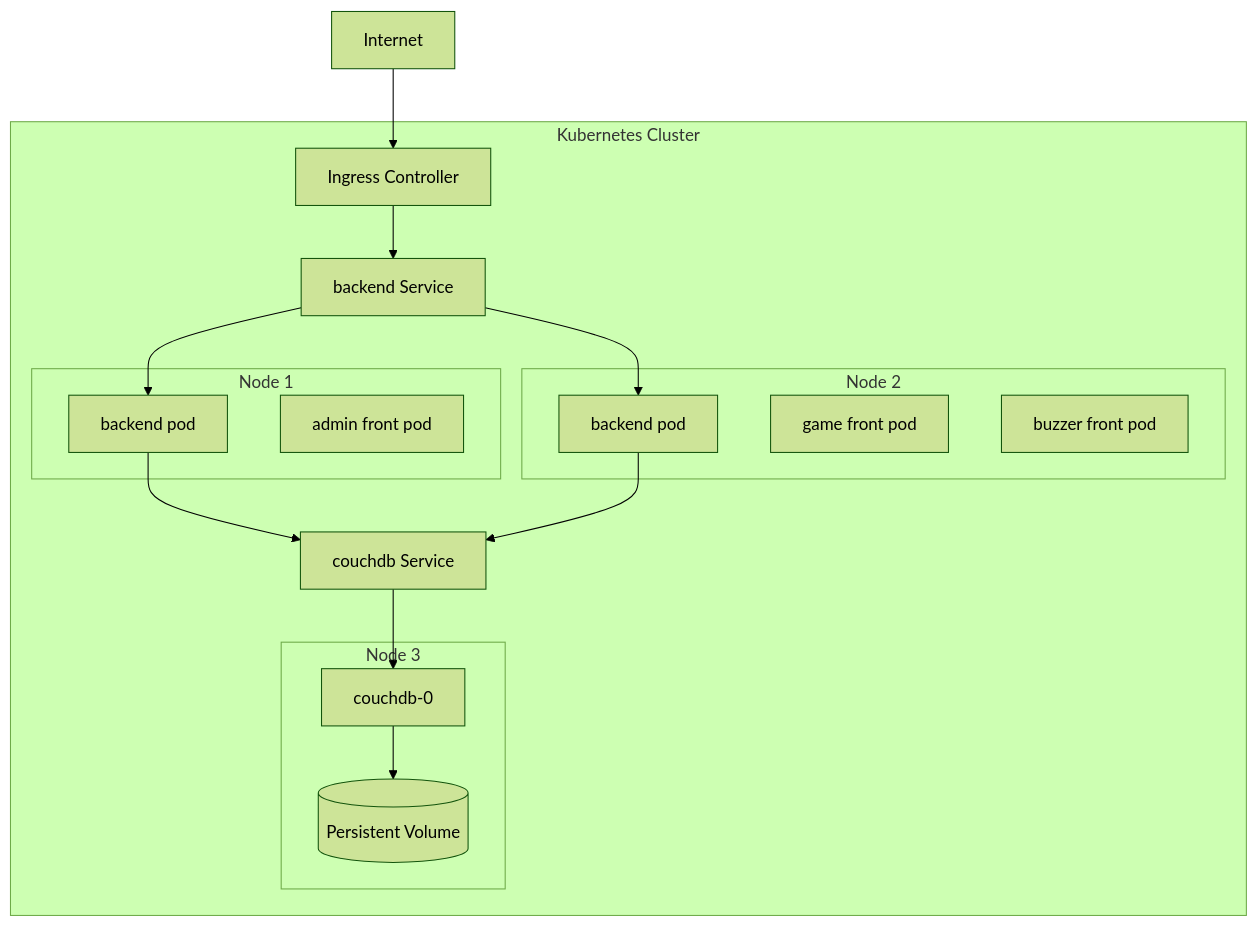
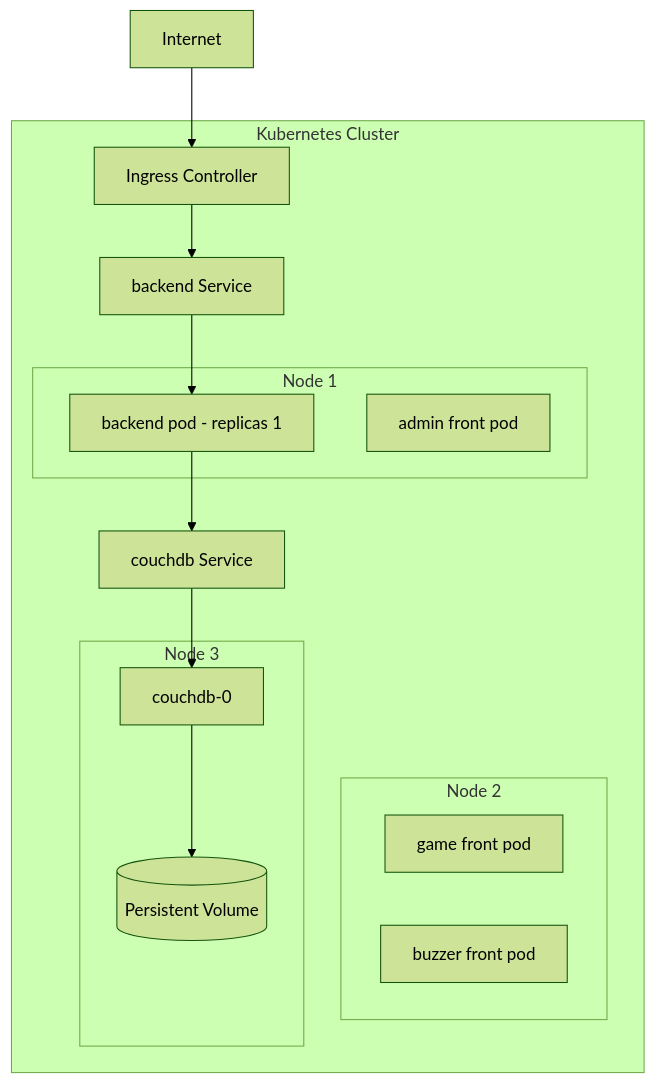
One commit to entrezunfredici/k8s_neon_beat changed the fifth of 17 diagrams in ARCHITECTURE_DEPLOIEMENT_GLOBAL_NEON_BEAT.md. Above: the diagram before and after it, drawn with Mermaid (forest theme). The commit also changed other lines of this file and 6 other files, not shown here.

````diff
--- a/ARCHITECTURE_DEPLOIEMENT_GLOBAL_NEON_BEAT.md
+++ b/ARCHITECTURE_DEPLOIEMENT_GLOBAL_NEON_BEAT.md
@@ -393,33 +431,30 @@
 ```mermaid
 flowchart TB
   subgraph Cluster[Kubernetes Cluster]
     subgraph Node1[Node 1]
-      Back1[backend pod]
+      Back1[backend pod - replicas 1]
       AdminPod[admin front pod]
     end
 
     subgraph Node2[Node 2]
-      Back2[backend pod]
       GamePod[game front pod]
       BuzzerPod[buzzer front pod]
     end
 
     subgraph Node3[Node 3]
       CouchPod[couchdb-0]
       PVC[(Persistent Volume)]
     end
 
     Ingress[Ingress Controller]
     BackSvc[backend Service]
     CouchSvc[couchdb Service]
   end
 
   Internet[Internet] --> Ingress
   Ingress --> BackSvc
   BackSvc --> Back1
-  BackSvc --> Back2
   Back1 --> CouchSvc
-  Back2 --> CouchSvc
   CouchSvc --> CouchPod
   CouchPod --> PVC
 ```
````
